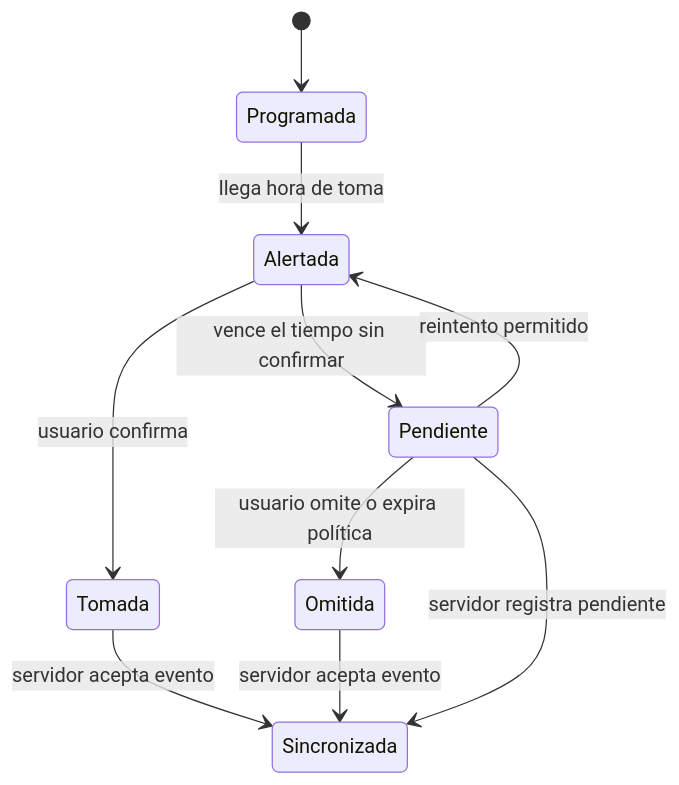
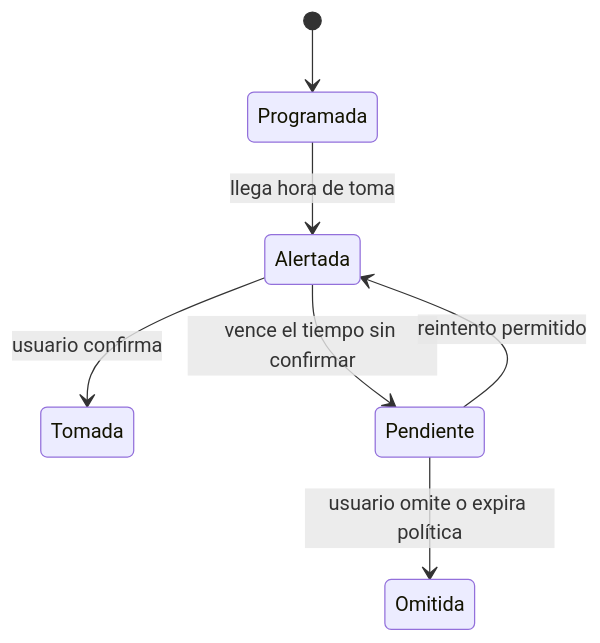
Before and after one commit to TRASH-PROGRAMMER/RecorNet: the second of 3 diagrams in docs/arquitectura/base_de_datos.md, drawn with Mermaid. The commit also changed other lines of this file, not shown here.

Commit message:
docs: add database architecture documentation for RecorNet

````diff
--- a/docs/arquitectura/base_de_datos.md
+++ b/docs/arquitectura/base_de_datos.md
@@ -43,12 +49,9 @@
 ```mermaid
 stateDiagram-v2
     [*] --> Programada
     Programada --> Alertada: llega hora de toma
     Alertada --> Tomada: usuario confirma
     Alertada --> Pendiente: vence el tiempo sin confirmar
     Pendiente --> Alertada: reintento permitido
     Pendiente --> Omitida: usuario omite o expira política
-    Tomada --> Sincronizada: servidor acepta evento
-    Omitida --> Sincronizada: servidor acepta evento
-    Pendiente --> Sincronizada: servidor registra pendiente
 ```
````
